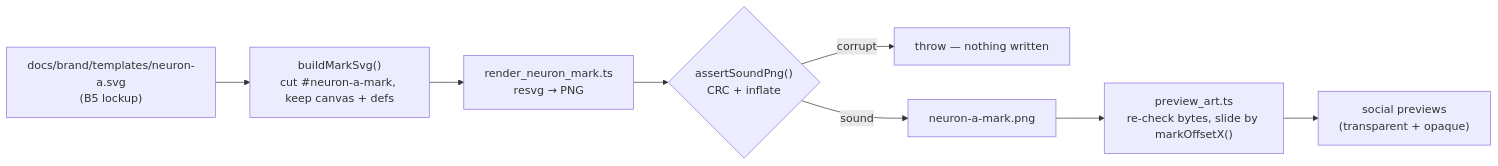
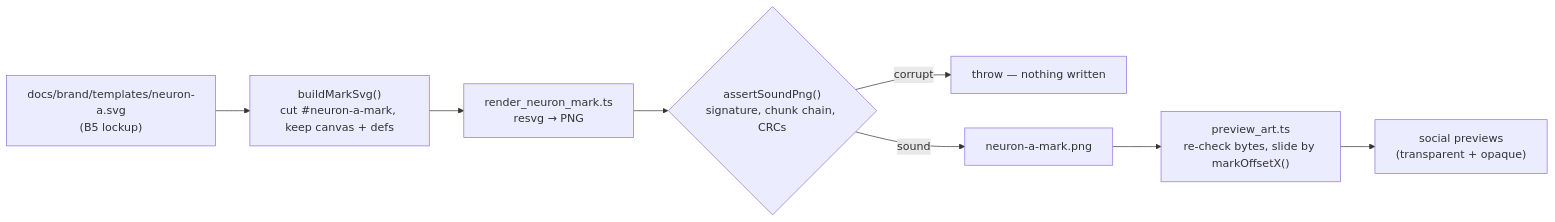
Before and after one commit to stSoftwareAU/NEAT-AI: the diagram in docs/archive/pr-summaries/pr-summary-3805.md, drawn with Mermaid. The commit also changed other lines of this file, not shown here.

````diff
--- a/docs/archive/pr-summaries/pr-summary-3805.md
+++ b/docs/archive/pr-summaries/pr-summary-3805.md
@@ -54,11 +54,11 @@
 ```mermaid
 flowchart LR
     SVG["docs/brand/templates/neuron-a.svg<br/>(B5 lockup)"]
       --> Cut["buildMarkSvg()<br/>cut #neuron-a-mark, keep canvas + defs"]
     Cut --> Rast["render_neuron_mark.ts<br/>resvg → PNG"]
-    Rast --> Check{"assertSoundPng()<br/>CRC + inflate"}
+    Rast --> Check{"assertSoundPng()<br/>signature, chunk chain, CRCs"}
     Check -->|corrupt| Fail["throw — nothing written"]
     Check -->|sound| Mark["neuron-a-mark.png"]
     Mark --> Embed["preview_art.ts<br/>re-check bytes, slide by markOffsetX()"]
     Embed --> Prev["social previews<br/>(transparent + opaque)"]
 ```
````
